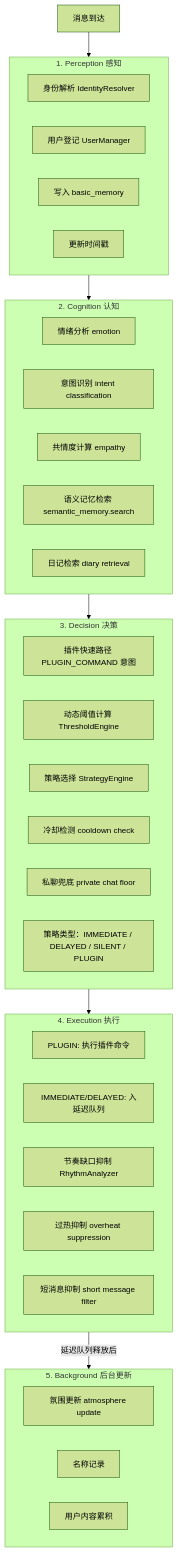
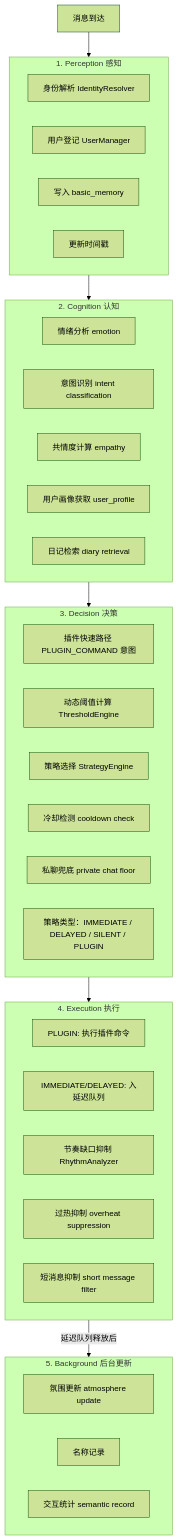
One commit to LiveSirius/SiriusPulse-Docs changed the diagram in guide/engine-architecture.md. Above: the diagram before and after it, drawn with Mermaid (forest theme). The commit also changed other lines of this file and 1 other file, not shown here.

Commit message:
docs(guide): 更新引擎架构和记忆系统文档
调整流程图节点名称与语义记忆、人物传记相关文档内容，更新功能描述与参数说明

````diff
--- a/guide/engine-architecture.md
+++ b/guide/engine-architecture.md
@@ -22,50 +22,50 @@
 ```mermaid
 flowchart TB
     A[消息到达] --> B
 
     subgraph B[1. Perception 感知]
         B1[身份解析 IdentityResolver]
         B2[用户登记 UserManager]
         B3[写入 basic_memory]
         B4[更新时间戳]
     end
 
     B --> C
 
     subgraph C[2. Cognition 认知]
         C1[情绪分析 emotion]
         C2["意图识别 intent classification"]
         C3[共情度计算 empathy]
-        C4["语义记忆检索 semantic_memory.search"]
+        C4["用户画像获取 user_profile"]
         C5[日记检索 diary retrieval]
     end
 
     C --> D
 
     subgraph D[3. Decision 决策]
         D1["插件快速路径 PLUGIN_COMMAND 意图"]
         D2["动态阈值计算 ThresholdEngine"]
         D3["策略选择 StrategyEngine"]
         D4[冷却检测 cooldown check]
         D5["私聊兜底 private chat floor"]
         D6["策略类型：IMMEDIATE / DELAYED / SILENT / PLUGIN"]
     end
 
     D --> E
 
     subgraph E[4. Execution 执行]
         E1["PLUGIN: 执行插件命令"]
         E2["IMMEDIATE/DELAYED: 入延迟队列"]
         E3["节奏缺口抑制 RhythmAnalyzer"]
         E4["过热抑制 overheat suppression"]
         E5["短消息抑制 short message filter"]
     end
 
     E -->|"延迟队列释放后"| F
 
     subgraph F[5. Background 后台更新]
         F1["氛围更新 atmosphere update"]
         F2[名称记录]
-        F3[用户内容累积]
+        F3["交互统计 semantic record"]
     end
 ```
````
